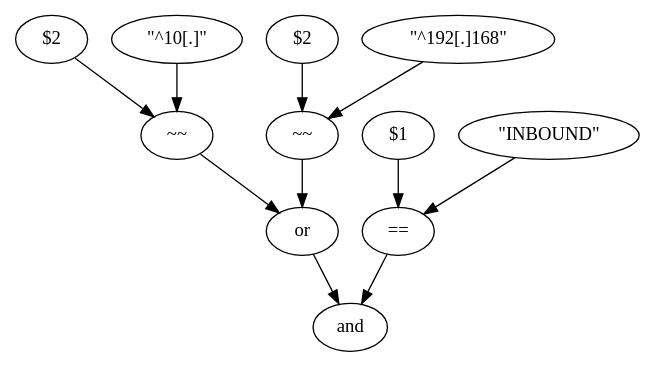
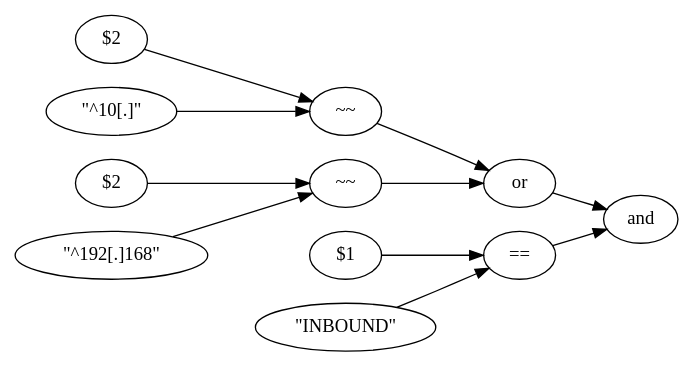
The diagram in godfw-hoq-20160405/ast-flow.dot (jmscott/talk), drawn with Graphviz before and after one commit. The commit also changed 6 other files, not shown here.

```diff
--- a/godfw-hoq-20160405/ast-flow.dot
+++ b/godfw-hoq-20160405/ast-flow.dot
@@ -1,41 +1,42 @@
 #  hoq query fragment:
 #	$1 == "INBOUND" and ($2 ~~ '^10[.]' or $2 ~~ '^192[.]168[.]')
 #
 #  hoq --dump:
 #    AND
 #      EQ_STRING
 #        $1
 #        "INBOUND"
 #      OR
 #        RE_MATCH
 #          $2
 #          "^10[.]'"
 #        RE_MATCH
 #          $2
 #          "^192[.]168"
 
 digraph G {
 
 	graph [
 		size="8.5,8.5"
+		rankdir="LR"
 	];
 	"==" -> "and"
 	"or" -> "and"
 
 	"$1" -> "=="
 	"\"INBOUND\"" -> "=="
 
 	RE_MATCH_1 [label="~~"];
 	RE_MATCH_2 [label="~~"];
 
 	RE_MATCH_1 -> "or"
 	RE_MATCH_2 -> "or"
 
 	DOLLAR2_1 [label="$2"]
 	DOLLAR2_1 -> RE_MATCH_1
 	"\"^10[.]\"" -> RE_MATCH_1
 
 	DOLLAR2_2 [label="$2"]
 	DOLLAR2_2 -> RE_MATCH_2
 	"\"^192[.]168\"" -> RE_MATCH_2
 }
```
